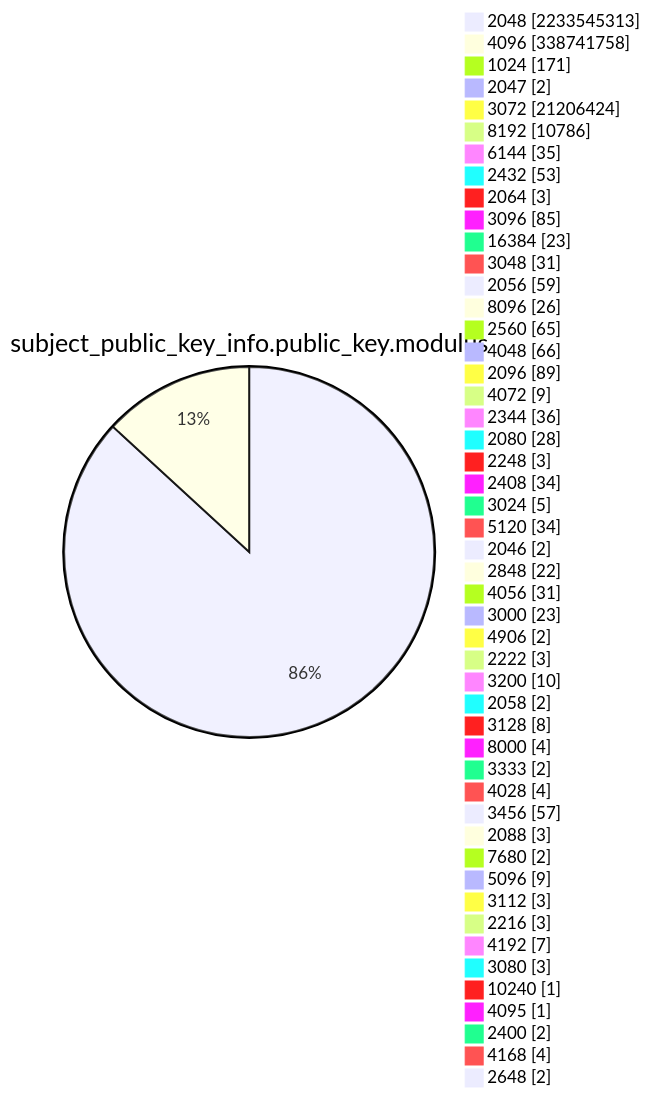
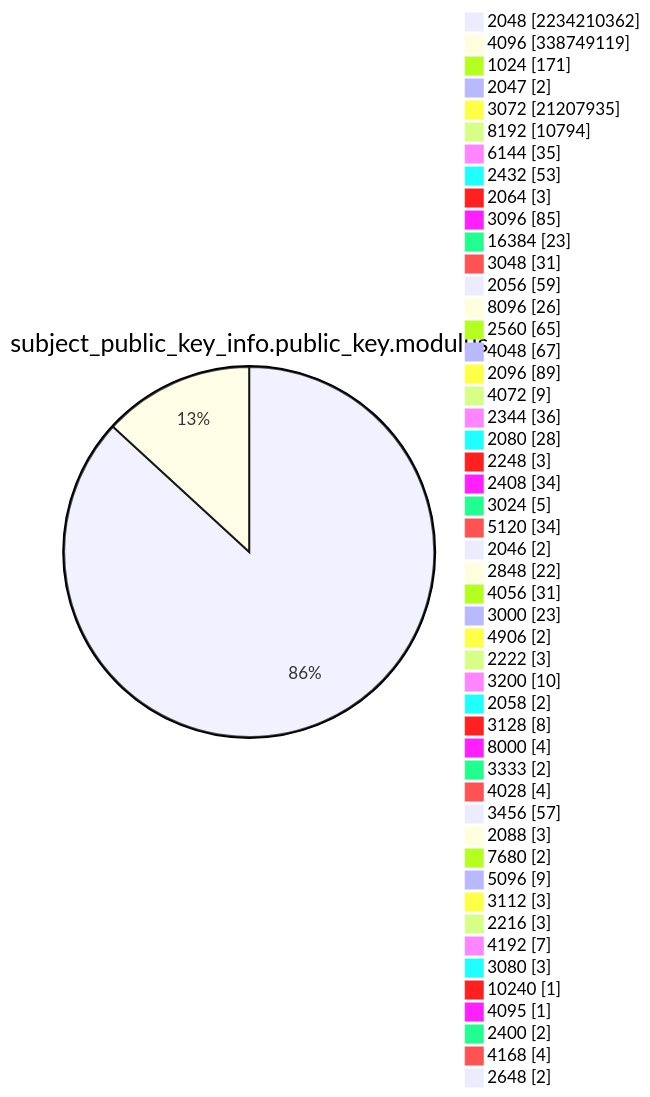
Diagram 13 of 15 in TOTAL/README.md (christiankrug/ctmonitor_visualization), drawn with Mermaid before and after one commit. The commit also changed other lines of this file, not shown here.

````diff
--- a/TOTAL/README.md
+++ b/TOTAL/README.md
@@ -4152,53 +4155,53 @@
 ```mermaid
 pie showData
 title subject_public_key_info.public_key.modulus
-"2048" :2233545313
-"4096" :338741758
+"2048" :2234210362
+"4096" :338749119
 "1024" :171
 "2047" :2
-"3072" :21206424
-"8192" :10786
+"3072" :21207935
+"8192" :10794
 "6144" :35
 "2432" :53
 "2064" :3
 "3096" :85
 "16384" :23
 "3048" :31
 "2056" :59
 "8096" :26
 "2560" :65
-"4048" :66
+"4048" :67
 "2096" :89
 "4072" :9
 "2344" :36
 "2080" :28
 "2248" :3
 "2408" :34
 "3024" :5
 "5120" :34
 "2046" :2
 "2848" :22
 "4056" :31
 "3000" :23
 "4906" :2
 "2222" :3
 "3200" :10
 "2058" :2
 "3128" :8
 "8000" :4
 "3333" :2
 "4028" :4
 "3456" :57
 "2088" :3
 "7680" :2
 "5096" :9
 "3112" :3
 "2216" :3
 "4192" :7
 "3080" :3
 "10240" :1
 "4095" :1
 "2400" :2
 "4168" :4
 "2648" :2
 ```
````
